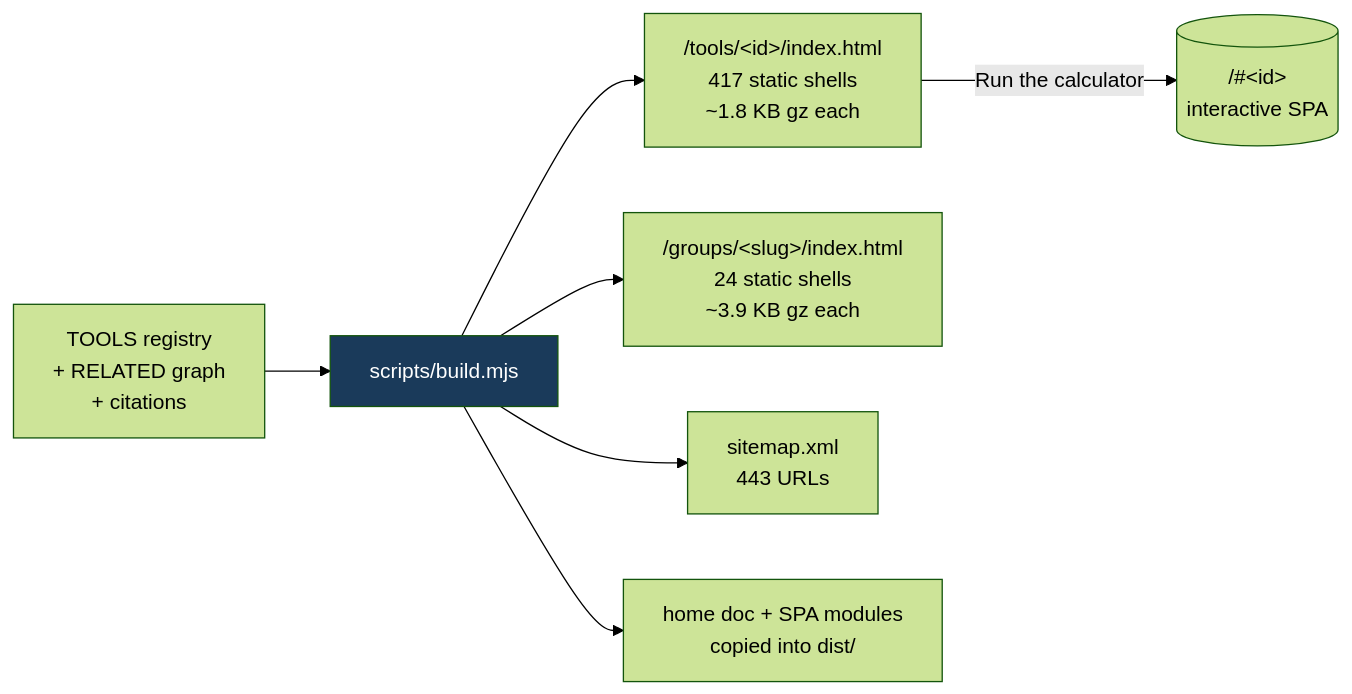
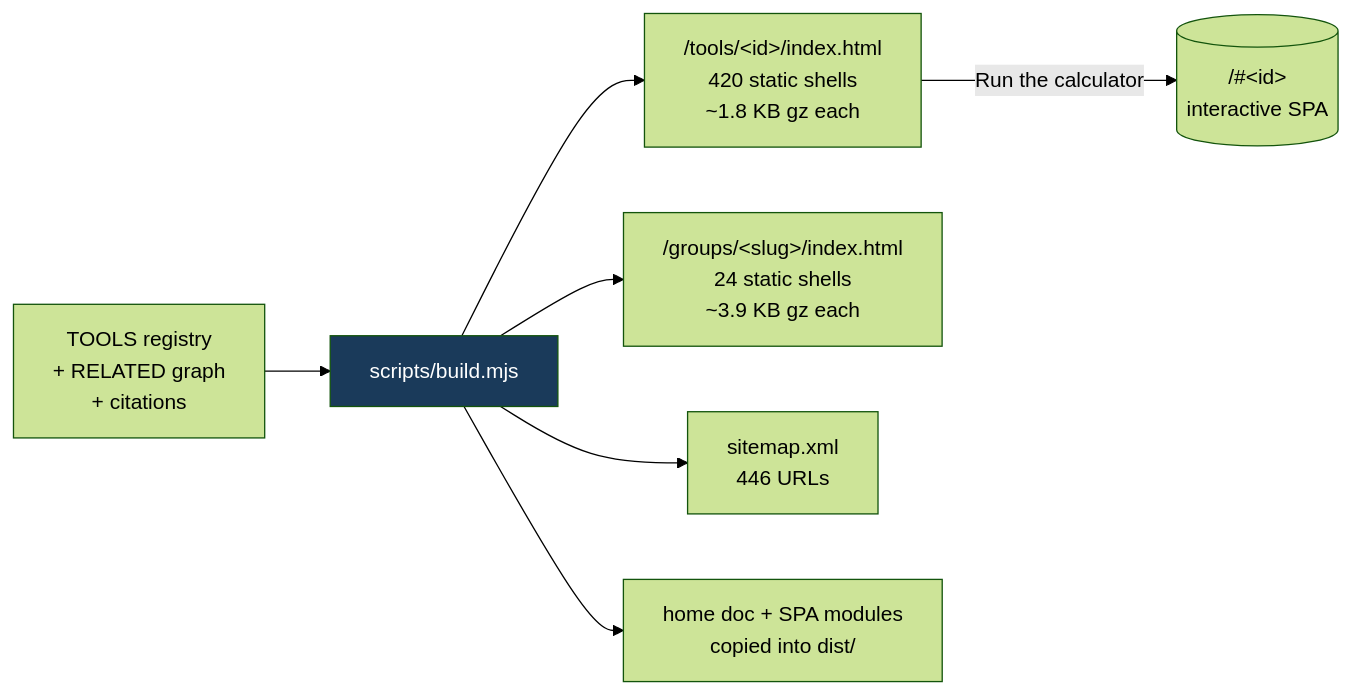
One commit to clay-good/roughlogic.com changed the third of 5 diagrams in README.md. Above: the diagram before and after it, drawn with Mermaid (forest theme). The commit also changed other lines of this file and 16 other files, not shown here.

````diff
--- a/README.md
+++ b/README.md
@@ -182,10 +184,10 @@
 ```mermaid
 flowchart LR
     SRC[TOOLS registry\n+ RELATED graph\n+ citations] --> BUILD[scripts/build.mjs]
-    BUILD --> TILE["/tools/&lt;id&gt;/index.html\n417 static shells\n~1.8 KB gz each"]
+    BUILD --> TILE["/tools/&lt;id&gt;/index.html\n420 static shells\n~1.8 KB gz each"]
     BUILD --> GROUP["/groups/&lt;slug&gt;/index.html\n24 static shells\n~3.9 KB gz each"]
-    BUILD --> MAP["sitemap.xml\n443 URLs"]
+    BUILD --> MAP["sitemap.xml\n446 URLs"]
     BUILD --> COPY[home doc + SPA modules\ncopied into dist/]
     TILE -->|Run the calculator| SPA[("/#&lt;id&gt;\ninteractive SPA")]
     style BUILD fill:#1a3a5a,color:#fff
 ```
````
